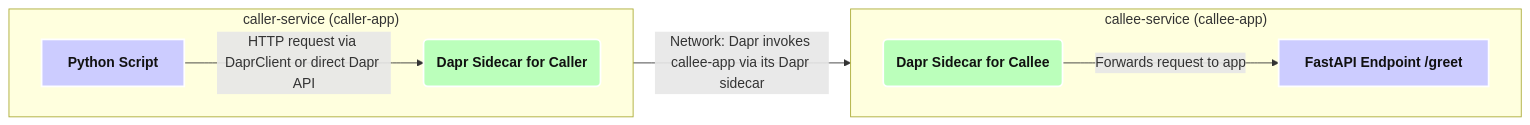
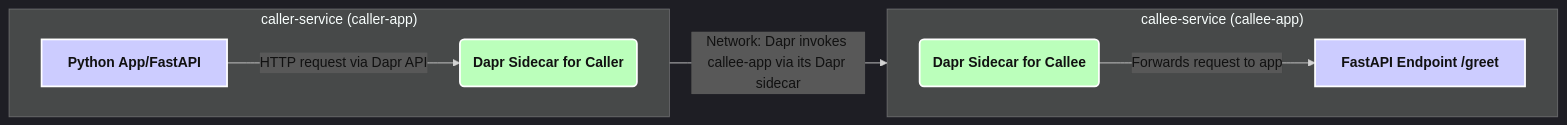
Before and after one commit to fabipongi/phantomjs: the diagram in 04_daca_agent_native_dev/05_agent_actors/06_event_driven_actors/02_service_invocation/readme.md, drawn with Mermaid. The commit also changed other lines of this file and 37 other files, not shown here.

````diff
--- a/04_daca_agent_native_dev/05_agent_actors/06_event_driven_actors/02_service_invocation/readme.md
+++ b/04_daca_agent_native_dev/05_agent_actors/06_event_driven_actors/02_service_invocation/readme.md
@@ -14,20 +19,20 @@
 ```mermaid
-%%{init: {\'theme\': \'dark\', \'themeVariables\': { \'darkMode\': true, \'primaryColor\': \'#333\', \'primaryTextColor\': \'#fff\', \'primaryBorderColor\': \'#555\', \'lineColor\': \'#d3d3d3\', \'textColor\': \'#111\' }}}%%
+%%{init: {'theme': 'dark', 'themeVariables': { 'darkMode': true, 'primaryColor': '#333', 'primaryTextColor': '#fff', 'primaryBorderColor': '#555', 'lineColor': '#d3d3d3', 'textColor': '#111' }}}%%
 graph LR
     subgraph Caller Application ["caller-service (caller-app)"]
         direction LR
-        A[Python Script] -->|HTTP request via DaprClient or direct Dapr API| B(Dapr Sidecar for Caller)
+        A[Python App/FastAPI] -->|HTTP request via Dapr API| B(Dapr Sidecar for Caller)
     end
 
     subgraph Callee Application ["callee-service (callee-app)"]
         direction LR
         C(Dapr Sidecar for Callee) -->|Forwards request to app| D[FastAPI Endpoint /greet]
     end
 
     B -->|Network: Dapr invokes callee-app via its Dapr sidecar| C
 
     classDef app fill:#ccf,stroke:#fff,stroke-width:2px,color:#111,font-weight:bold;
     classDef sidecar fill:#bfb,stroke:#fff,stroke-width:2px,color:#111,font-weight:bold;
     class A,D app;
     class B,C sidecar;
 ```
````
